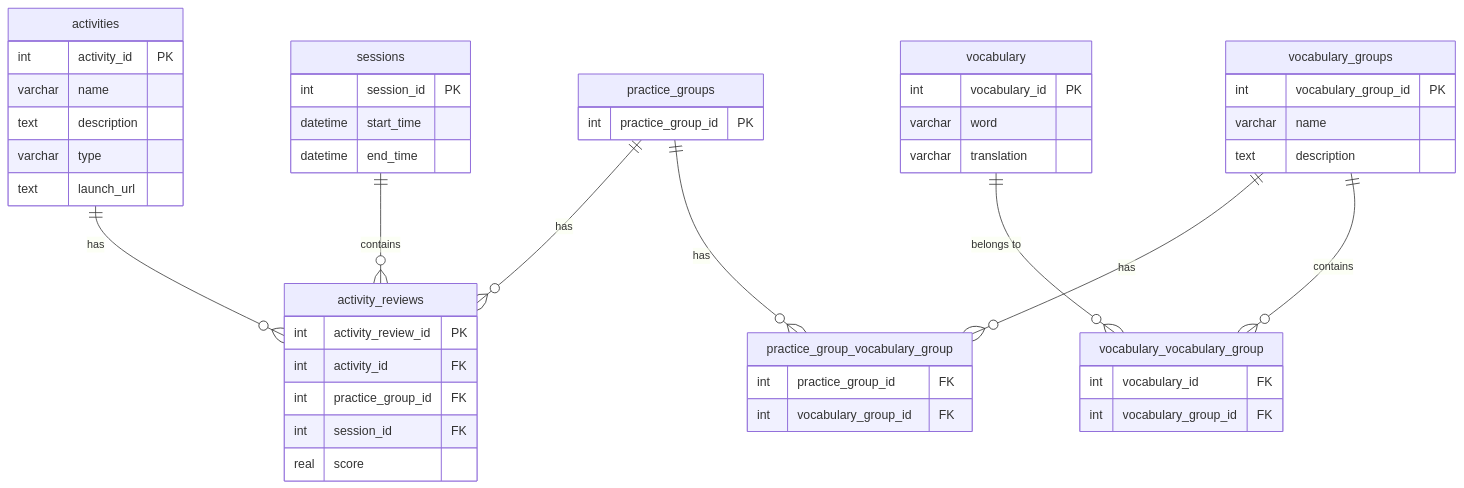
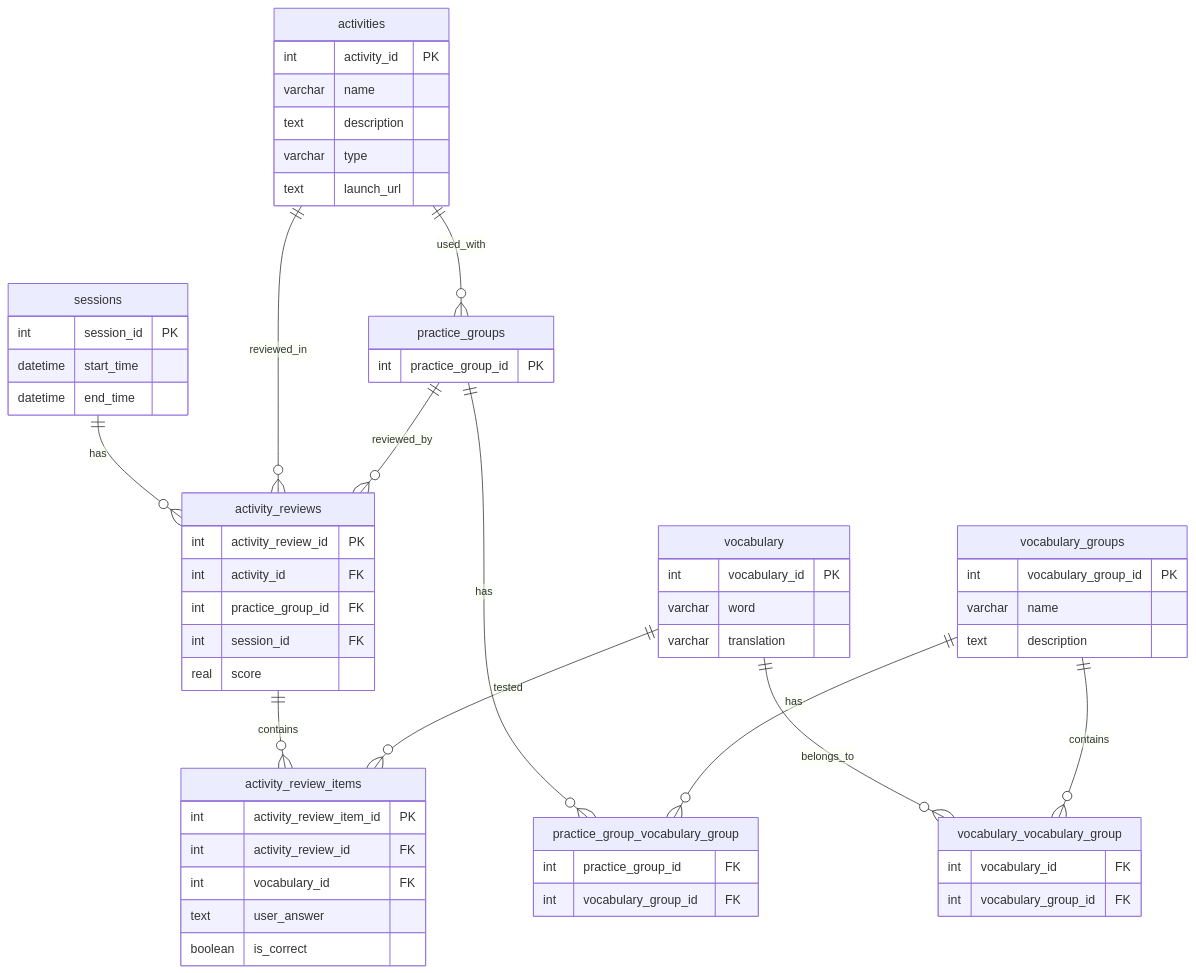
The diagram in lang-portal/backend/technical-specs-backend.md (MarkusEicher/free-genai-bootcamp-2025), drawn with Mermaid before and after one commit. The commit also changed other lines of this file and 1 other file, not shown here.

````diff
--- a/lang-portal/backend/technical-specs-backend.md
+++ b/lang-portal/backend/technical-specs-backend.md
@@ -96,60 +113,63 @@
 ```mermaid
 erDiagram
     sessions {
         int session_id PK
         datetime start_time
         datetime end_time
     }
-    
     activities {
         int activity_id PK
         varchar name
         text description
         varchar type
         text launch_url
     }
-    
     practice_groups {
         int practice_group_id PK
     }
-    
     vocabulary {
         int vocabulary_id PK
         varchar word
         varchar translation
     }
-    
     vocabulary_groups {
         int vocabulary_group_id PK
         varchar name
         text description
     }
-    
     activity_reviews {
         int activity_review_id PK
         int activity_id FK
         int practice_group_id FK
         int session_id FK
         real score
     }
-    
+    activity_review_items {
+        int activity_review_item_id PK
+        int activity_review_id FK
+        int vocabulary_id FK
+        text user_answer
+        boolean is_correct
+    }
     practice_group_vocabulary_group {
         int practice_group_id FK
         int vocabulary_group_id FK
     }
-    
     vocabulary_vocabulary_group {
         int vocabulary_id FK
         int vocabulary_group_id FK
     }
 
-    activities ||--o{ activity_reviews : "has"
-    practice_groups ||--o{ activity_reviews : "has"
-    sessions ||--o{ activity_reviews : "contains"
-    
-    practice_groups ||--o{ practice_group_vocabulary_group : "has"
-    vocabulary_groups ||--o{ practice_group_vocabulary_group : "has"
-    
-    vocabulary ||--o{ vocabulary_vocabulary_group : "belongs to"
-    vocabulary_groups ||--o{ vocabulary_vocabulary_group : "contains"
+    sessions ||--o{ activity_reviews : has
+    activities ||--o{ activity_reviews : reviewed_in
+    practice_groups ||--o{ activity_reviews : reviewed_by
+    activity_reviews ||--o{ activity_review_items : contains
+    vocabulary ||--o{ activity_review_items : tested
+    activities ||--o{ practice_groups : used_with
+
+    practice_groups ||--o{ practice_group_vocabulary_group : has
+    vocabulary_groups ||--o{ practice_group_vocabulary_group : has
+
+    vocabulary ||--o{ vocabulary_vocabulary_group : belongs_to
+    vocabulary_groups ||--o{ vocabulary_vocabulary_group : contains
 ```
````
